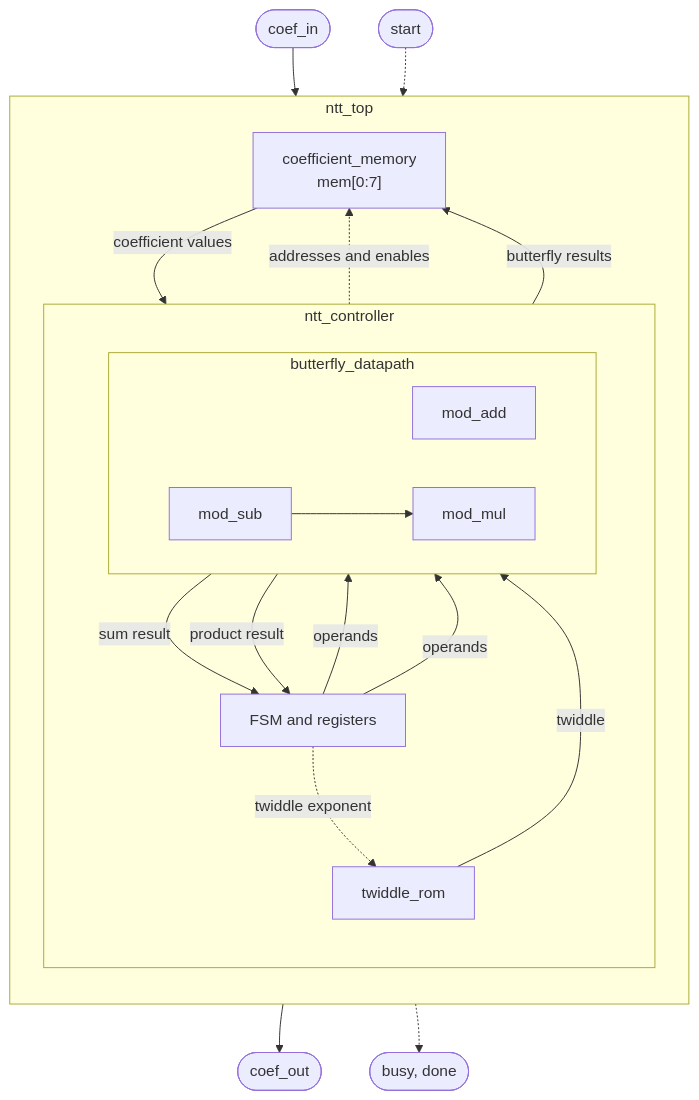
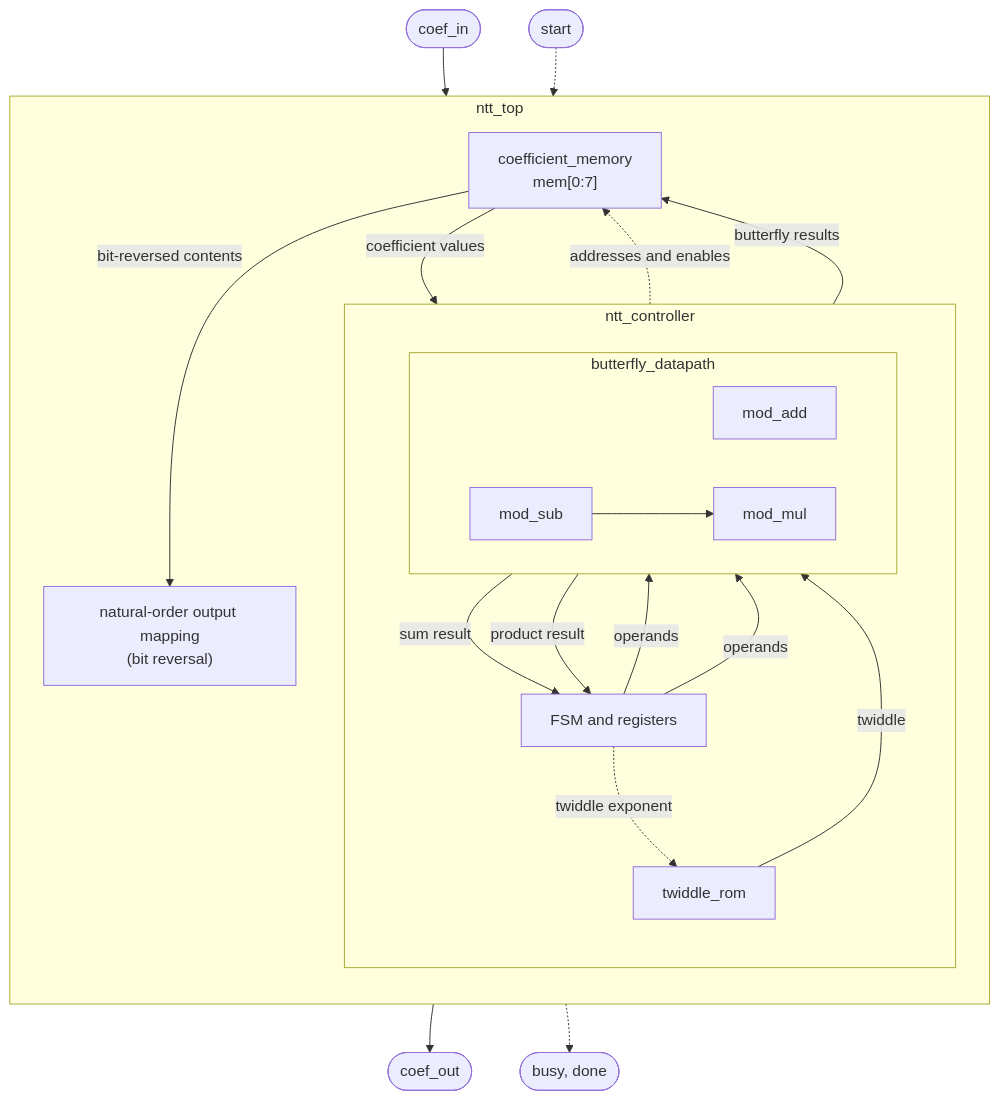
One commit to Zeta201/ntt-accelerator changed the first of 2 diagrams in README.md. Above: the diagram before and after it, drawn with Mermaid. The commit also changed other lines of this file, not shown here.

````diff
--- a/README.md
+++ b/README.md
@@ -217,35 +213,37 @@
 ```mermaid
 flowchart TB
     subgraph top["ntt_top"]
         direction TB
 
         subgraph ctrl["ntt_controller"]
             direction TB
             fsm["FSM and registers"]
             rom["twiddle_rom"]
             subgraph datapath["butterfly_datapath"]
                 direction LR
                 add["mod_add"]
                 sub["mod_sub"]
                 mul["mod_mul"]
                 sub --> mul
             end
             fsm -.->|twiddle exponent| rom
             rom -->|twiddle| mul
             fsm -->|operands| add
             fsm -->|operands| sub
             add -->|sum result| fsm
             mul -->|product result| fsm
         end
 
         mem["coefficient_memory<br/>mem[0:7]"]
+        outmap["natural-order output mapping<br/>(bit reversal)"]
         fsm -.->|addresses and enables| mem
         mem -->|coefficient values| fsm
         fsm -->|butterfly results| mem
+        mem -->|bit-reversed contents| outmap
     end
 
     input(["coef_in"]) --> mem
-    mem --> output(["coef_out"])
+    outmap --> output(["coef_out"])
     start(["start"]) -.-> fsm
     fsm -.-> handshake(["busy, done"])
 ```
````
